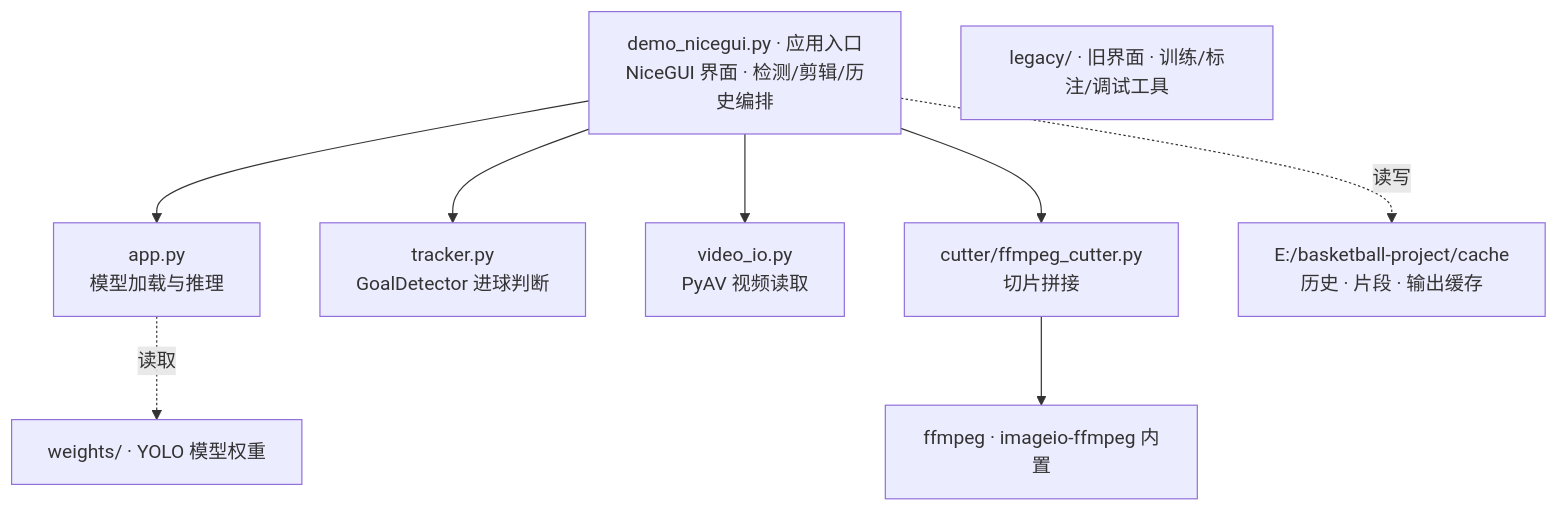
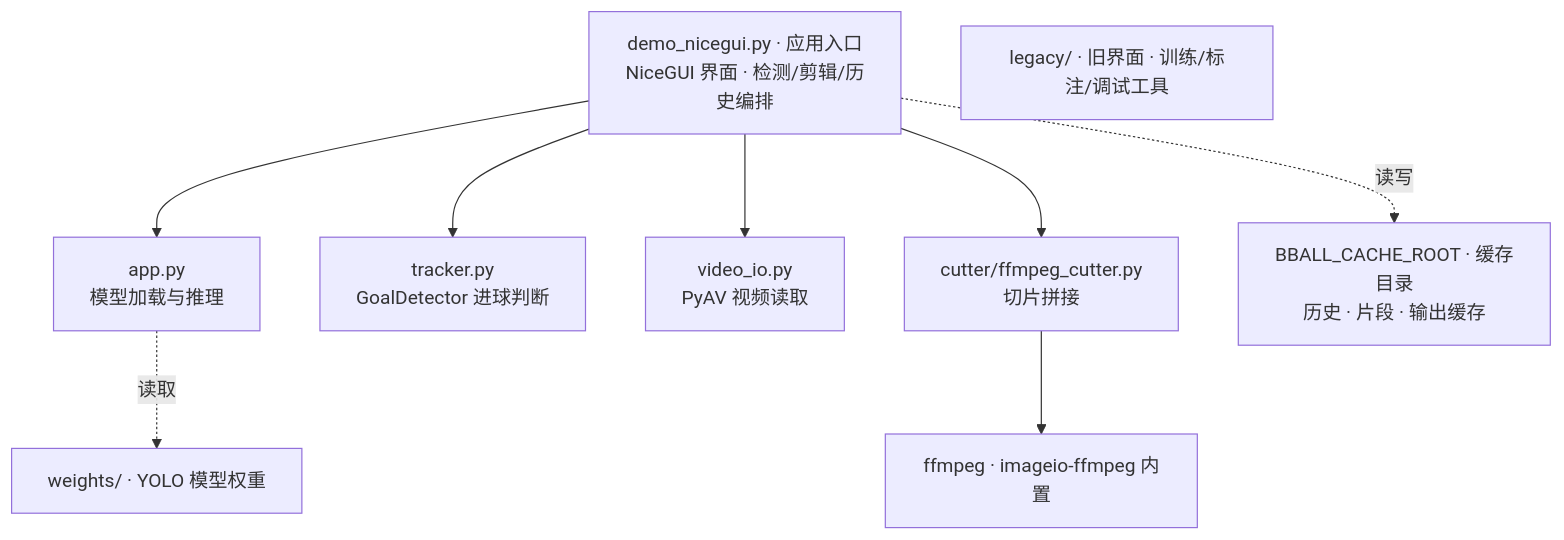
Before and after one commit to DTQEight/basketball-clipper: the diagram in README.md, drawn with Mermaid. The commit also changed other lines of this file and 15 other files, not shown here.

````diff
--- a/README.md
+++ b/README.md
@@ -76,20 +89,20 @@
 ```mermaid
 flowchart TD
     UI["demo_nicegui.py · 应用入口<br/>NiceGUI 界面 · 检测/剪辑/历史编排"]
     App["app.py<br/>模型加载与推理"]
     TR["tracker.py<br/>GoalDetector 进球判断"]
     VI["video_io.py<br/>PyAV 视频读取"]
     CU["cutter/ffmpeg_cutter.py<br/>切片拼接"]
     W["weights/ · YOLO 模型权重"]
-    CACHE["E:/basketball-project/cache<br/>历史 · 片段 · 输出缓存"]
+    CACHE["BBALL_CACHE_ROOT · 缓存目录<br/>历史 · 片段 · 输出缓存"]
     FF["ffmpeg · imageio-ffmpeg 内置"]
     LG["legacy/ · 旧界面 · 训练/标注/调试工具"]
 
     UI --> App
     UI --> TR
     UI --> VI
     UI --> CU
     App -. 读取 .-> W
     UI -. 读写 .-> CACHE
     CU --> FF
 ```
````
